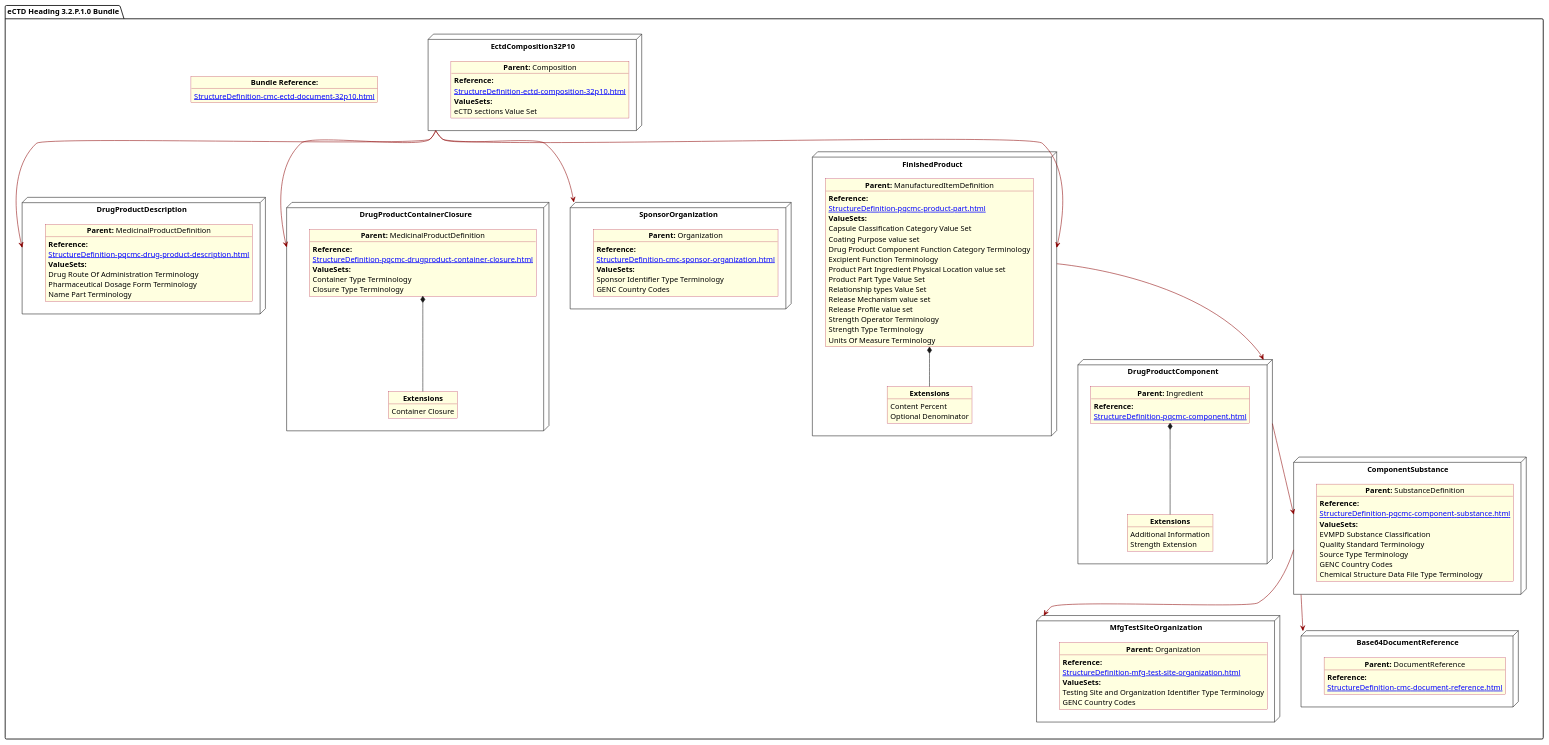
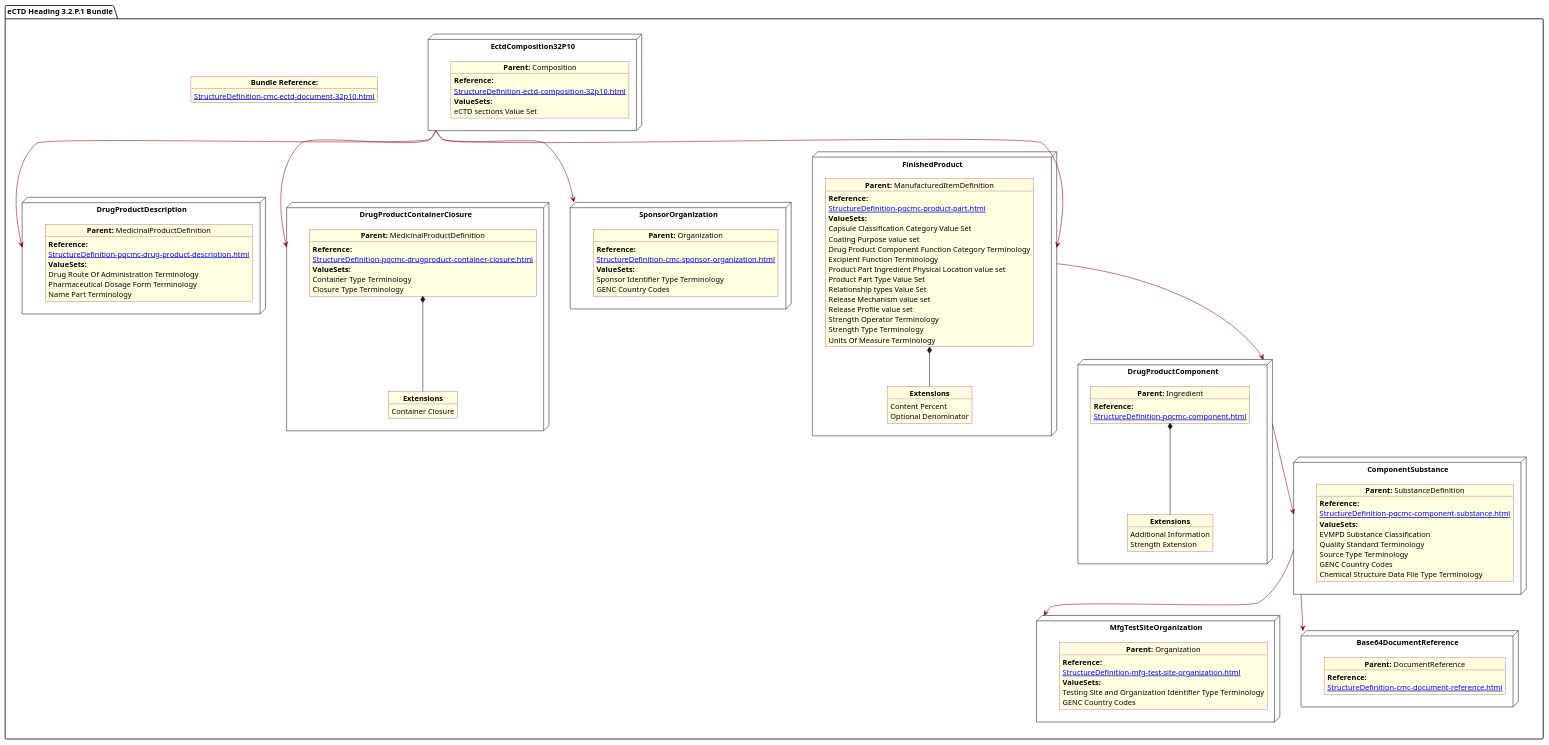
Before and after one commit to HL7/FHIR-us-pq-cmc-fda: the diagram in input/images-source/ProdDesComp.plantuml, drawn with PlantUML. The commit also changed 9 other files, not shown here.

```diff
--- a/input/images-source/ProdDesComp.plantuml
+++ b/input/images-source/ProdDesComp.plantuml
@@ -1,142 +1,142 @@
 @startuml ProdDesComp
 allowmixing
 'Mixed model of use case and object
 skinparam svgDimensionStyle false
 skinparam ObjectBackgroundColor LightYellow
 skinparam ObjectBorderColor #A80036
 skinparam activityDiamondBorderColor #A80036
 skinparam activityDiamondBackgroundColor lawnGreen
 skinparam ClassBorderThickness 4
 
-package "eCTD Heading 3.2.P.1.0 Bundle" as NODES {
+package "eCTD Heading 3.2.P.1 Bundle" as NODES {
   object "**Bundle Reference:**" as objbun {
     [[StructureDefinition-cmc-ectd-document-32p10.html]]
   }
 
   node "DrugProductDescription" as N2 {
 
     object "**Parent:** MedicinalProductDefinition" as obj2 {
       **Reference:**
       [[StructureDefinition-pqcmc-drug-product-description.html]]
       **ValueSets:**
       Drug Route Of Administration Terminology
       Pharmaceutical Dosage Form Terminology
       Name Part Terminology
     }
   }
   node "EctdComposition32P10" as N1 {
 
     object "**Parent:** Composition" as obj1 {
       **Reference:**
       [[StructureDefinition-ectd-composition-32p10.html]]
       **ValueSets:**
       eCTD sections Value Set
     }
 
   }
   node "DrugProductContainerClosure" as N21 {
 
     object "**Parent:** MedicinalProductDefinition" as obj22 {
       **Reference:**
       [[StructureDefinition-pqcmc-drugproduct-container-closure.html]]
       **ValueSets:**
       Container Type Terminology
       Closure Type Terminology
     }
     object "**Extensions**" as objEx {
       Container Closure
     }
     obj22 *-- objEx
   }
 
   node "SponsorOrganization" as NSO {
 
     object "**Parent:** Organization" as objAu {
       **Reference:**
       [[StructureDefinition-cmc-sponsor-organization.html]]
       **ValueSets:**
       Sponsor Identifier Type Terminology
       GENC Country Codes
     }
   }
   node "FinishedProduct"as MID {
     object "**Parent:** ManufacturedItemDefinition" as objMID {
 
       **Reference:**
       [[StructureDefinition-pqcmc-product-part.html]]
       **ValueSets:**
       Capsule Classification Category Value Set
       Coating Purpose value set
       Drug Product Component Function Category Terminology
       Excipient Function Terminology
       Product Part Ingredient Physical Location value set
       Product Part Type Value Set
       Relationship types Value Set
       Release Mechanism value set
       Release Profile value set
       Strength Operator Terminology
       Strength Type Terminology
       Units Of Measure Terminology
     }
         object "**Extensions**" as objMIDExs {
       Content Percent
       Optional Denominator
     }
     objMID *-- objMIDExs
   }
   node "MfgTestSiteOrganization" as NMFG {
 
     object "**Parent:** Organization" as objDP {
       **Reference:**
       [[StructureDefinition-mfg-test-site-organization.html]]
       **ValueSets:**
       Testing Site and Organization Identifier Type Terminology
       GENC Country Codes
     }
   }
 
   node "DrugProductComponent" as NN {
 
     object "**Parent:** Ingredient" as obj3 {
       **Reference:**
       [[StructureDefinition-pqcmc-component.html]]
     }
     object "**Extensions**" as objExs {
       Additional Information
       Strength Extension
     }
     obj3 *-- objExs
   }
 
   node "ComponentSubstance" as NCS {
 
     object "**Parent:** SubstanceDefinition" as objSubDef {
       **Reference:**
       [[StructureDefinition-pqcmc-component-substance.html]]
       **ValueSets:**
       EVMPD Substance Classification
       Quality Standard Terminology
       Source Type Terminology
       GENC Country Codes
       Chemical Structure Data File Type Terminology
     }
   }
   node "Base64DocumentReference" as NB64 {
 
     object "**Parent:** DocumentReference"  as obj64 {
 
       **Reference:**
       [[StructureDefinition-cmc-document-reference.html]]
     }
 
   }
 
   N1 -[#darkred]-> N2
   N1 -[#darkred]-> MID
   N1 -[#darkred]-> NSO
   N1 -[#darkred]-> N21
   MID -[#darkred]-> NN
   NCS -[#darkred]-> NMFG
   NN -[#darkred]-> NCS
   NCS -[#darkred]-> NB64
   @enduml
```
